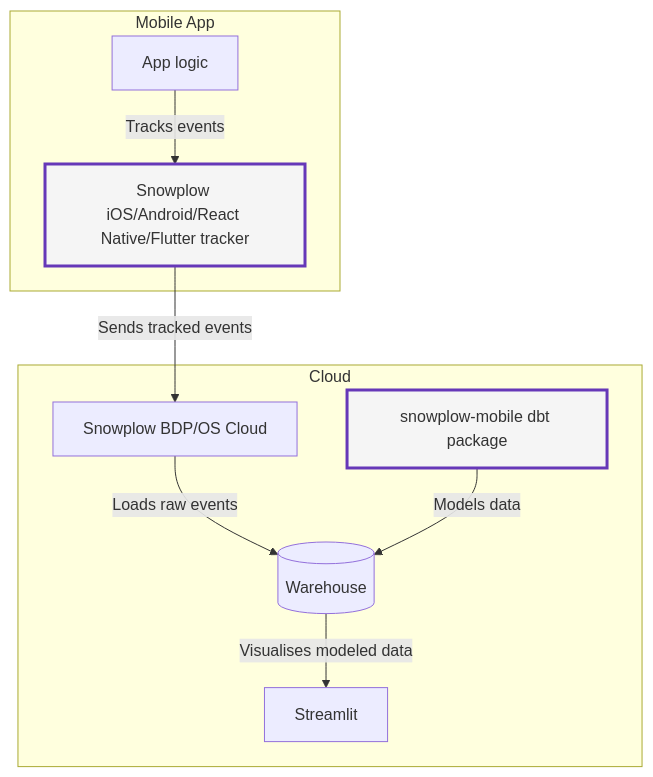
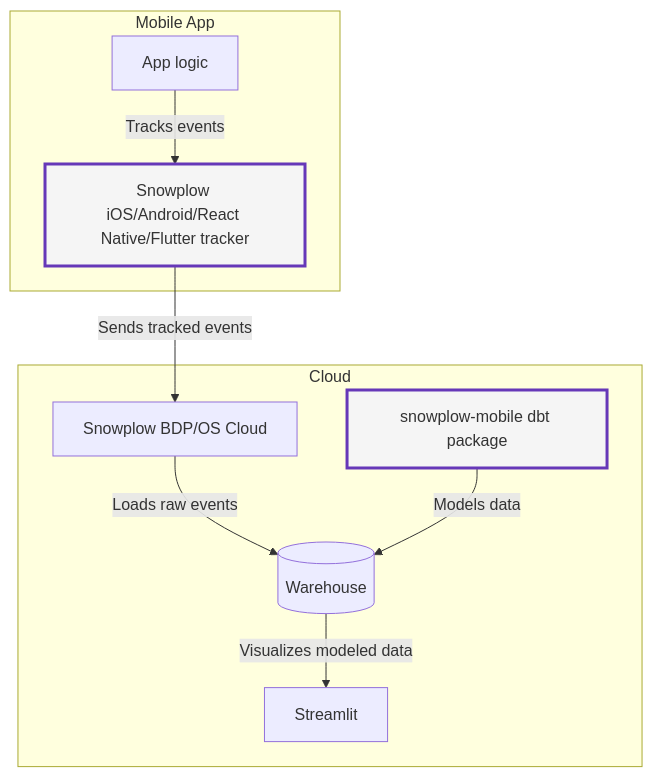
One commit to snowplow/advanced-analytics-mobile-accelerator changed the second of 2 diagrams in content/_index.md. Above: the diagram before and after it, drawn with Mermaid. The commit also changed other lines of this file and 10 other files, not shown here.

```diff
--- a/content/_index.md
+++ b/content/_index.md
@@ -97,30 +96,30 @@
 {{<mermaid>}}
 flowchart TB
 
 subgraph mobileApp[Mobile App]
     appCode[App logic]
     tracker[Snowplow iOS/Android/React Native/Flutter tracker]
 
     appCode -- "Tracks events" --> tracker
 
     style tracker fill:#f5f5f5,stroke:#6638B8,stroke-width:3px
     click tracker "https://docs.snowplow.io/docs/collecting-data/collecting-from-own-applications/mobile-trackers/installation-and-set-up/" "Open tracker docs" _blank
 end
 
 subgraph cloud[Cloud]
     snowplow[Snowplow BDP/OS Cloud]
     warehouse[(Warehouse)]
     dbt[snowplow-mobile dbt package]
     streamlit[Streamlit]
 
     snowplow -- "Loads raw events" --> warehouse
     dbt -- "Models data" --> warehouse
-    warehouse -- "Visualises modeled data" --> streamlit
+    warehouse -- "Visualizes modeled data" --> streamlit
 
     style dbt fill:#f5f5f5,stroke:#6638B8,stroke-width:3px
     click dbt "https://docs.snowplowanalytics.com/docs/modeling-your-data/the-snowplow-mobile-data-model/dbt-mobile-data-model/" "Open dbt package" _blank
     click snowplow "https://snowplow.io/snowplow-bdp/" "Snowplow BDP" _blank
 end
 
 tracker -- "Sends tracked events" --> snowplow
 {{</mermaid>}}
```
